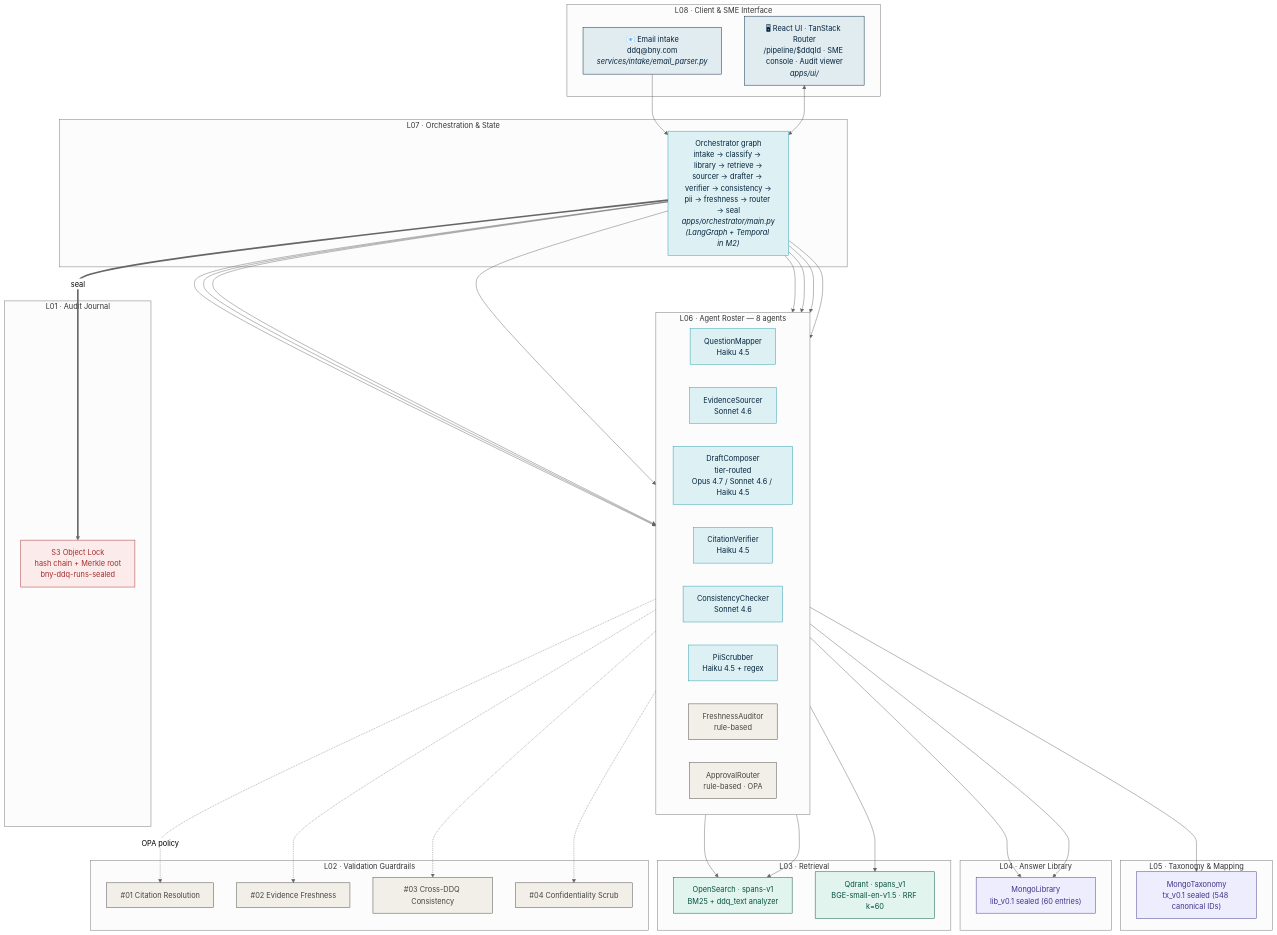
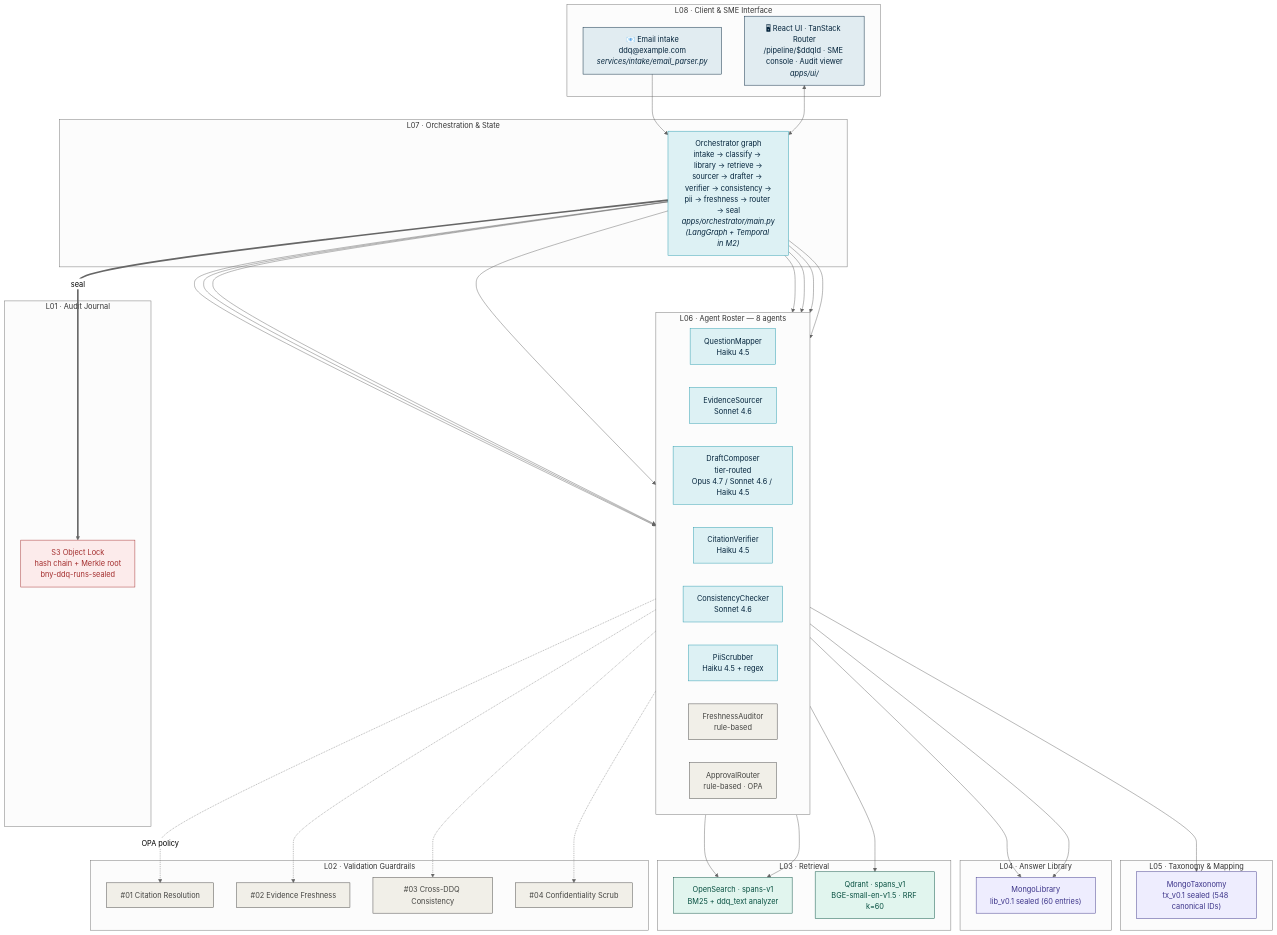
The first of 5 diagrams in README.md (scalefirstai/QuantumCache), drawn with Mermaid (neutral theme) before and after one commit. The commit also changed other lines of this file, not shown here.

First line of the commit message:
docs(readme): drop editorial BNY references

````diff
--- a/README.md
+++ b/README.md
@@ -48,76 +48,76 @@
 ```mermaid
 flowchart TB
     classDef ui          fill:#E1ECF1,stroke:#04243C,color:#04243C
     classDef agent       fill:#DDF1F4,stroke:#2B9CAE,color:#04243C
     classDef rule        fill:#F1EFE8,stroke:#444441,color:#444441
     classDef store       fill:#EEEDFE,stroke:#3C3489,color:#3C3489
     classDef knowledge   fill:#E1F5EE,stroke:#085041,color:#085041
     classDef audit       fill:#FCEBEB,stroke:#A32D2D,color:#A32D2D
 
     subgraph L08["L08 · Client & SME Interface"]
-        EMAIL["📧 Email intake<br/>ddq@bny.com<br/><i>services/intake/email_parser.py</i>"]:::ui
+        EMAIL["📧 Email intake<br/>ddq@example.com<br/><i>services/intake/email_parser.py</i>"]:::ui
         UI["🖥 React UI · TanStack Router<br/>/pipeline/$ddqId · SME console · Audit viewer<br/><i>apps/ui/</i>"]:::ui
     end
 
     subgraph L07["L07 · Orchestration & State"]
         ORCH["Orchestrator graph<br/>intake → classify → library → retrieve →<br/>sourcer → drafter → verifier → consistency →<br/>pii → freshness → router → seal<br/><i>apps/orchestrator/main.py</i><br/><i>(LangGraph + Temporal in M2)</i>"]:::agent
     end
 
     subgraph L06["L06 · Agent Roster — 8 agents"]
         direction LR
         QM["QuestionMapper<br/>Haiku 4.5"]:::agent
         ES["EvidenceSourcer<br/>Sonnet 4.6"]:::agent
         DC["DraftComposer<br/>tier-routed<br/>Opus 4.7 / Sonnet 4.6 / Haiku 4.5"]:::agent
         CV["CitationVerifier<br/>Haiku 4.5"]:::agent
         CC["ConsistencyChecker<br/>Sonnet 4.6"]:::agent
         PS["PiiScrubber<br/>Haiku 4.5 + regex"]:::agent
         FA["FreshnessAuditor<br/>rule-based"]:::rule
         AR["ApprovalRouter<br/>rule-based · OPA"]:::rule
     end
 
     subgraph L05["L05 · Taxonomy & Mapping"]
         TAX["MongoTaxonomy<br/>tx_v0.1 sealed (548 canonical IDs)"]:::store
     end
 
     subgraph L04["L04 · Answer Library"]
         LIB["MongoLibrary<br/>lib_v0.1 sealed (60 entries)"]:::store
     end
 
     subgraph L03["L03 · Retrieval"]
         OS["OpenSearch · spans-v1<br/>BM25 + ddq_text analyzer"]:::knowledge
         QD["Qdrant · spans_v1<br/>BGE-small-en-v1.5 · RRF k=60"]:::knowledge
     end
 
     subgraph L02["L02 · Validation Guardrails"]
         G1["#01 Citation Resolution"]:::rule
         G2["#02 Evidence Freshness"]:::rule
         G3["#03 Cross-DDQ Consistency"]:::rule
         G4["#04 Confidentiality Scrub"]:::rule
     end
 
     subgraph L01["L01 · Audit Journal"]
         S3["S3 Object Lock<br/>hash chain + Merkle root<br/>bny-ddq-runs-sealed"]:::audit
     end
 
     EMAIL --> ORCH
     UI <--> ORCH
     ORCH --> QM
     ORCH --> ES
     ORCH --> DC
     ORCH --> CV
     ORCH --> CC
     ORCH --> PS
     ORCH --> FA
     ORCH --> AR
     QM --> TAX
     ES --> LIB
     ES --> OS
     ES --> QD
     DC --> LIB
     CV --> OS
     AR -.->|OPA policy| G1
     FA -.-> G2
     CC -.-> G3
     PS -.-> G4
     ORCH ==>|seal| S3
 ```
````
